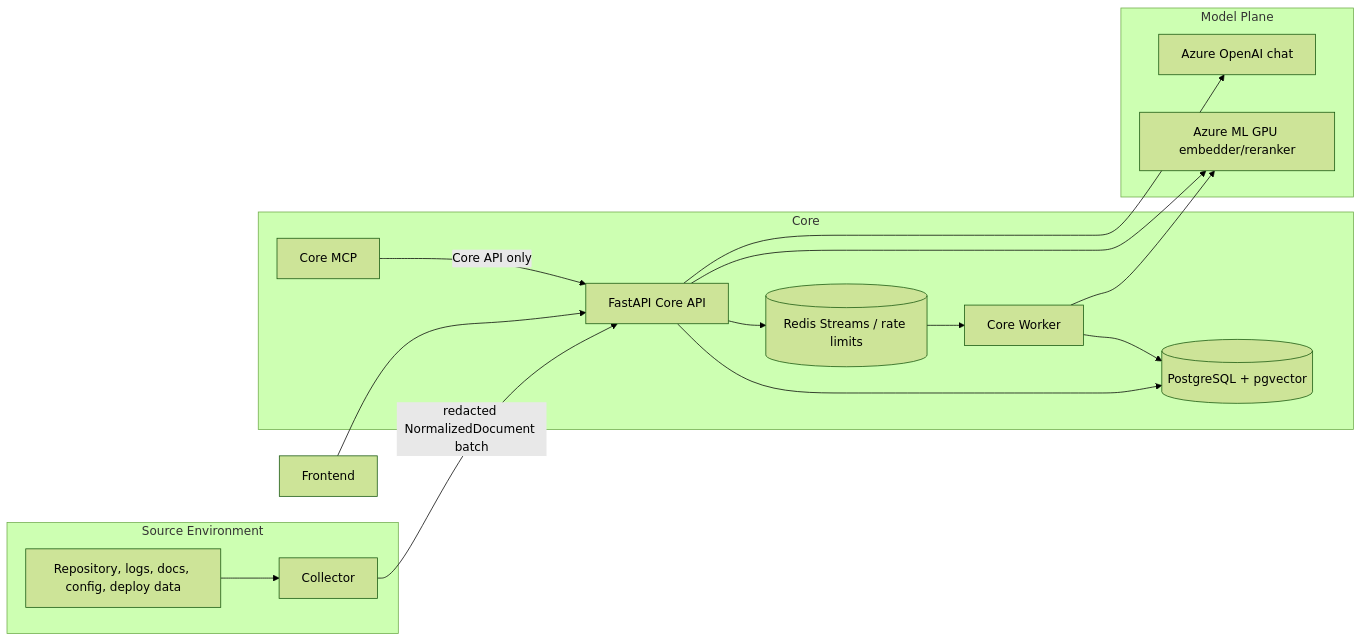
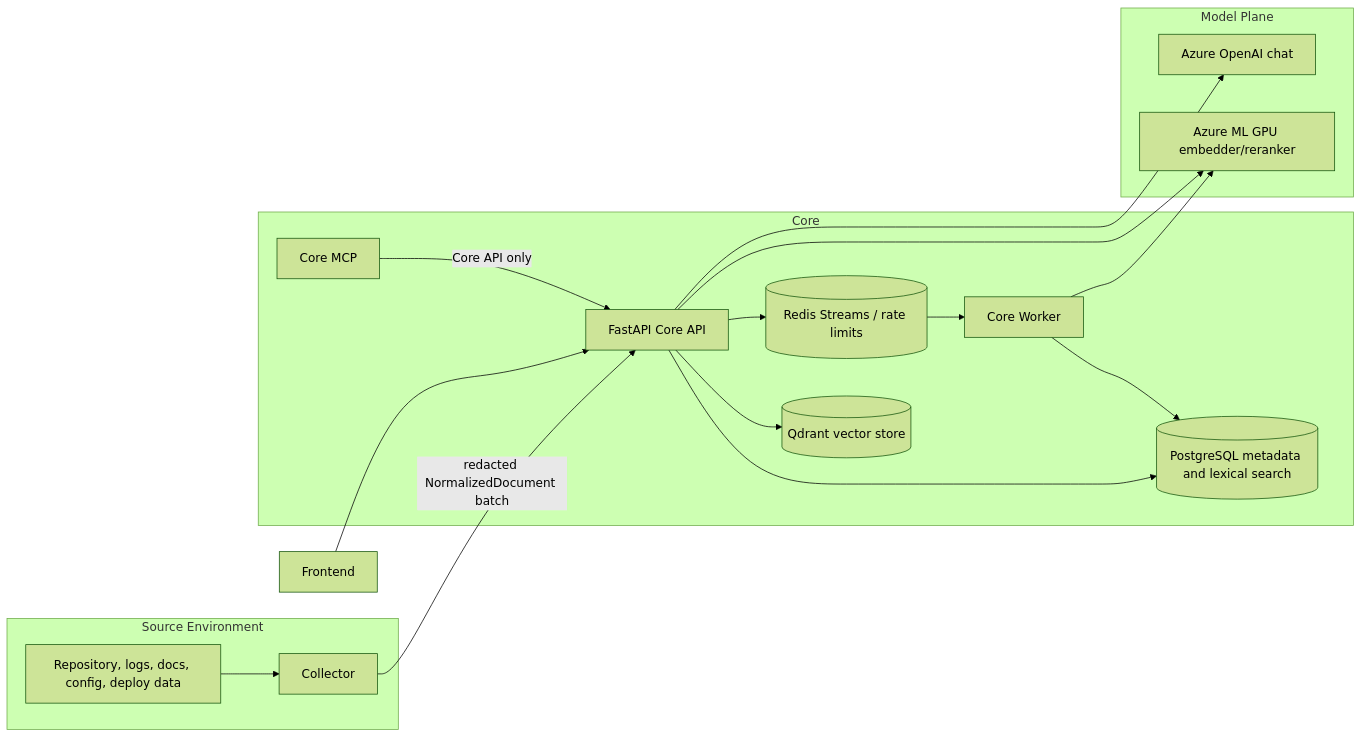
Before and after one commit to Auro-rium/Ops-Incident-Core: the first of 2 diagrams in technical.md, drawn with Mermaid (forest theme). The commit also changed other lines of this file and 35 other files, not shown here.

Commit message:
Migrate vector retrieval to Qdrant

````diff
--- a/technical.md
+++ b/technical.md
@@ -34,29 +34,31 @@
 ```mermaid
 flowchart LR
   subgraph Source Environment
     R[Repository, logs, docs, config, deploy data]
     C[Collector]
   end
   subgraph Core
     API[FastAPI Core API]
     W[Core Worker]
-    PG[(PostgreSQL + pgvector)]
+    PG[(PostgreSQL metadata and lexical search)]
+    QD[(Qdrant vector store)]
     RS[(Redis Streams / rate limits)]
     MCP[Core MCP]
   end
   subgraph Model Plane
     AOAI[Azure OpenAI chat]
     AML[Azure ML GPU embedder/reranker]
   end
   UI[Frontend] --> API
   R --> C
   C -->|redacted NormalizedDocument batch| API
   API --> PG
+  API --> QD
   API --> RS
   RS --> W
   W --> PG
   W --> AML
   API --> AML
   API --> AOAI
   MCP -->|Core API only| API
 ```
````
